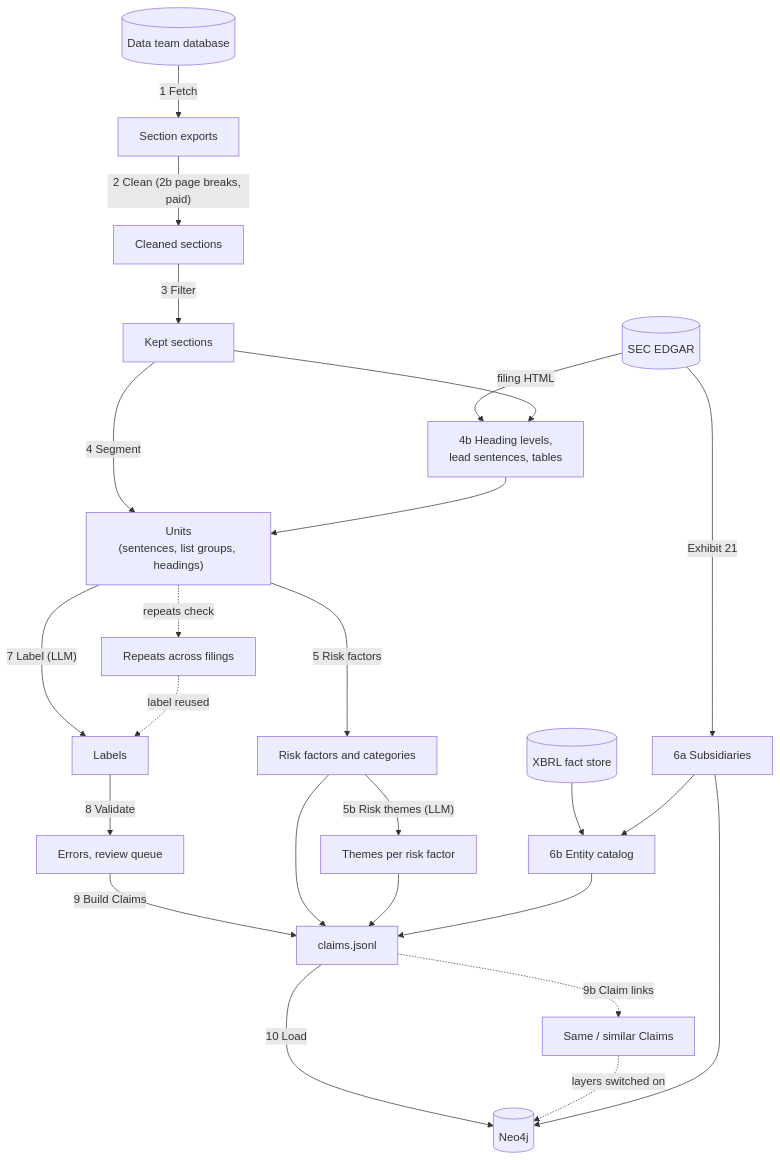
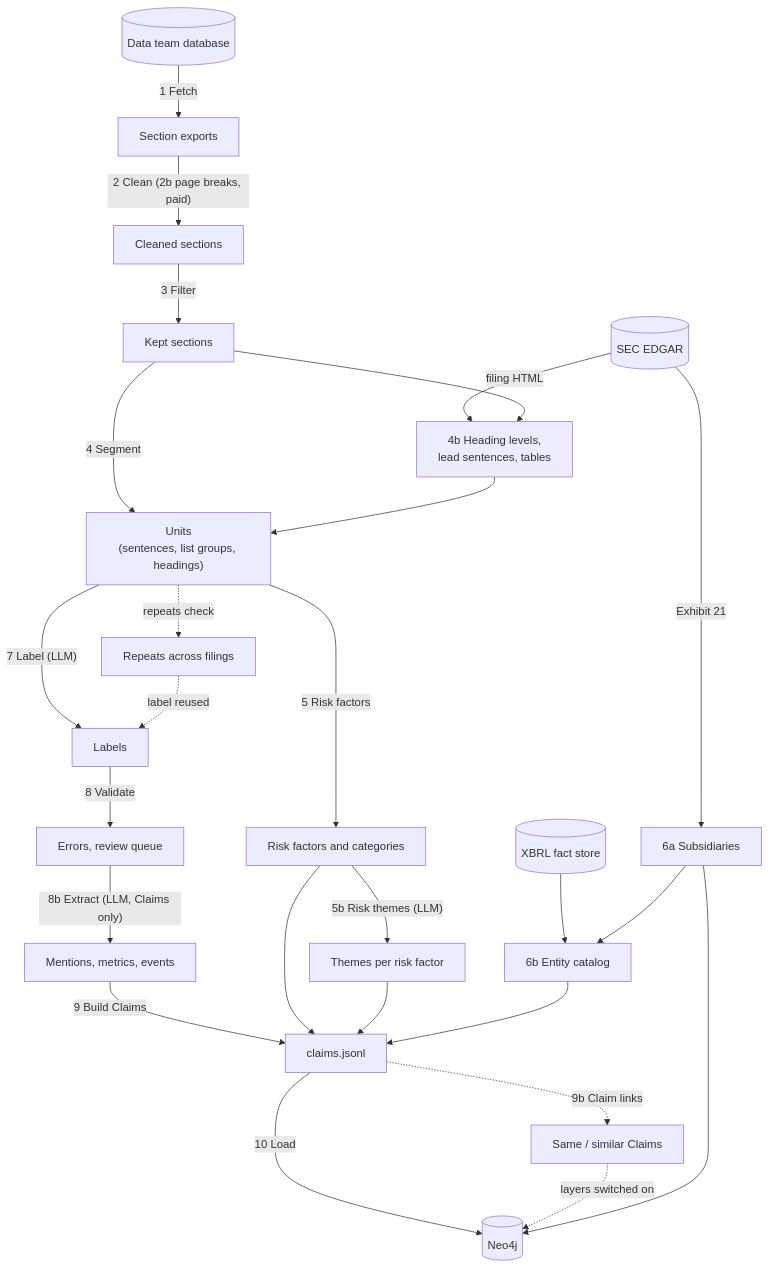
Before and after one commit to ZiyiClaudiaWang/KPMG-GraphRAG: the second of 7 diagrams in extraction_pipeline/README.md, drawn with Mermaid. The commit also changed other lines of this file and 22 other files, not shown here.

First line of the commit message:
Step 7 label_v3 and new step 8b extract (Claims only); remove checks/claim_repeats.py

````diff
--- a/extraction_pipeline/README.md
+++ b/extraction_pipeline/README.md
@@ -74,27 +74,28 @@
 ```mermaid
 flowchart TD
     DB[("Data team database")] -->|"1 Fetch"| SEC["Section exports"]
     SEC -->|"2 Clean (2b page breaks, paid)"| CLN["Cleaned sections"]
     CLN -->|"3 Filter"| KEPT["Kept sections"]
     EDGAR[("SEC EDGAR")] -->|"filing HTML"| HL["4b Heading levels,<br/>lead sentences, tables"]
     KEPT --> HL
     KEPT -->|"4 Segment"| UNITS["Units<br/>(sentences, list groups, headings)"]
     HL --> UNITS
     UNITS -->|"5 Risk factors"| RF["Risk factors and categories"]
     RF -->|"5b Risk themes (LLM)"| RT["Themes per risk factor"]
     EDGAR -->|"Exhibit 21"| SUB["6a Subsidiaries"]
     FACTS[("XBRL fact store")] --> CAT["6b Entity catalog"]
     SUB --> CAT
     UNITS -.->|"repeats check"| REP["Repeats across filings"]
     UNITS -->|"7 Label (LLM)"| LAB["Labels"]
     REP -.->|"label reused"| LAB
     LAB -->|"8 Validate"| VAL["Errors, review queue"]
-    VAL -->|"9 Build Claims"| CLM["claims.jsonl"]
+    VAL -->|"8b Extract (LLM, Claims only)"| EXT["Mentions, metrics, events"]
+    EXT -->|"9 Build Claims"| CLM["claims.jsonl"]
     RF --> CLM
     RT --> CLM
     CAT --> CLM
     CLM -.->|"9b Claim links"| LNK["Same / similar Claims"]
     CLM -->|"10 Load"| NEO[("Neo4j")]
     LNK -.->|"layers switched on"| NEO
     SUB --> NEO
 ```
````
